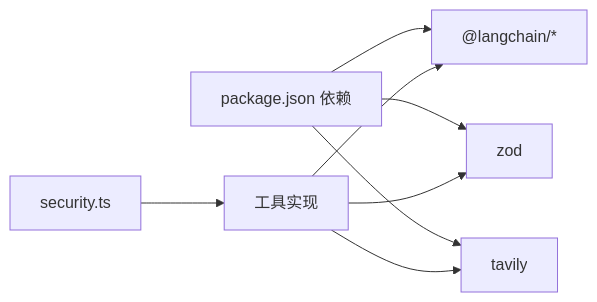
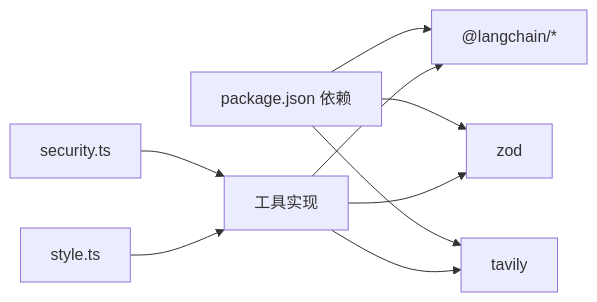
The seventh of 7 diagrams in .qoder/repowiki/zh/content/工具系统/工具系统.md (HAOFUYANG/onion-code), drawn with Mermaid before and after one commit. The commit also changed other lines of this file and 5 other files, not shown here.

````diff
--- a/.qoder/repowiki/zh/content/工具系统/工具系统.md
+++ b/.qoder/repowiki/zh/content/工具系统/工具系统.md
@@ -327,10 +382,11 @@
 ```mermaid
 graph LR
 P["package.json 依赖"] --> LC["@langchain/*"]
 P --> Z["zod"]
 P --> Tav["tavily"]
 Tools["工具实现"] --> LC
 Tools --> Z
 Tools --> Tav
 Security["security.ts"] --> Tools
+Style["style.ts"] --> Tools
 ```
````
